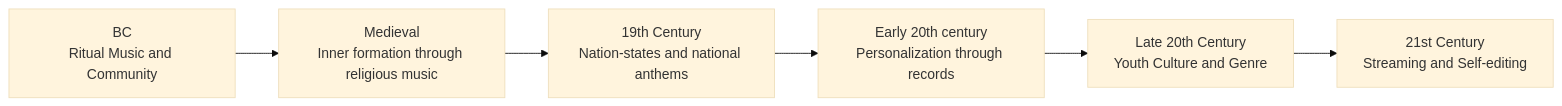
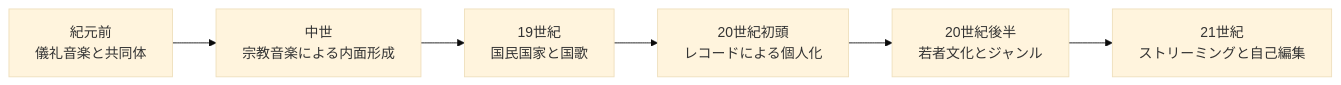
One commit to monumental-movement/monumental-movement.github.io changed the fourth of 4 diagrams in en/_posts/2026-01-31-column-how-music-shapes-identity.md. Above: the diagram before and after it, drawn with Mermaid (base theme). The commit also changed other lines of this file and 2196 other files, not shown here.

```diff
--- a/en/_posts/2026-01-31-column-how-music-shapes-identity.md
+++ b/en/_posts/2026-01-31-column-how-music-shapes-identity.md
@@ -190,10 +190,10 @@
 <div class="mermaid">
 flowchart LR
 
-A["BC<br>Ritual Music and Community"]
---> B["Medieval<br>Inner formation through religious music"]
---> C["19th Century<br>Nation-states and national anthems"]
---> D["Early 20th century<br>Personalization through records"]
---> E["Late 20th Century<br>Youth Culture and Genre"]
---> F["21st Century<br>Streaming and Self-editing"]
+A["紀元前<br>儀礼音楽と共同体"]
+--> B["中世<br>宗教音楽による内面形成"]
+--> C["19世紀<br>国民国家と国歌"]
+--> D["20世紀初頭<br>レコードによる個人化"]
+--> E["20世紀後半<br>若者文化とジャンル"]
+--> F["21世紀<br>ストリーミングと自己編集"]
 </div>
```
